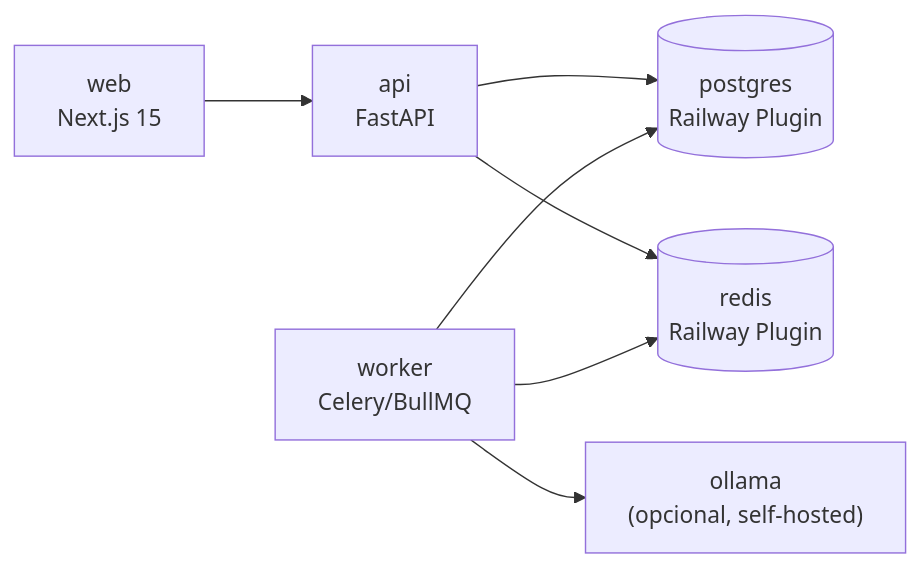
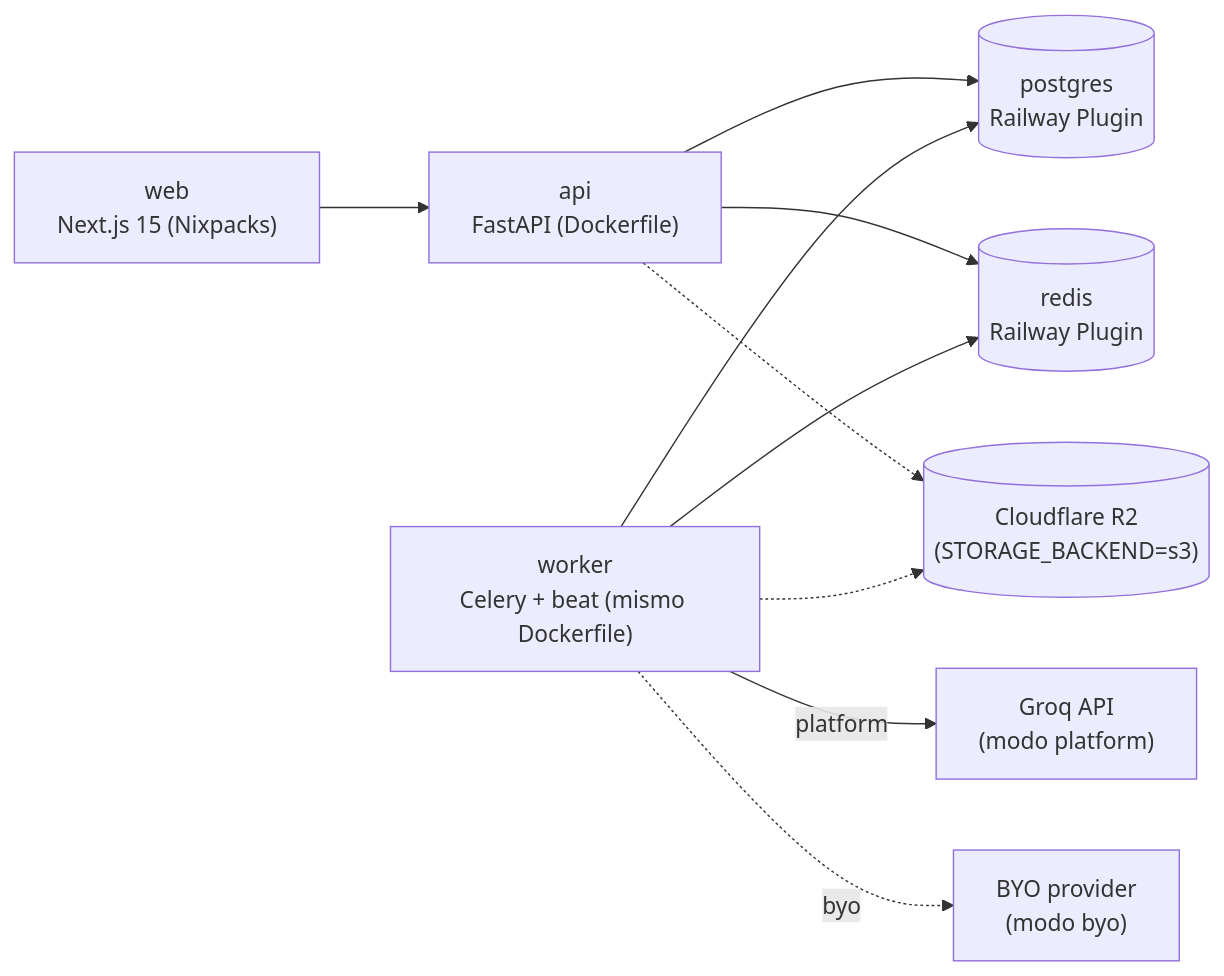
The diagram in docs/runbooks/railway/DEPLOYMENT.md (xguilxr/pmo_aas), drawn with Mermaid before and after one commit. The commit also changed other lines of this file and 3 other files, not shown here.

````diff
--- a/docs/runbooks/railway/DEPLOYMENT.md
+++ b/docs/runbooks/railway/DEPLOYMENT.md
@@ -14,16 +14,21 @@
 ```mermaid
 flowchart LR
-    WEB["web<br/>Next.js 15"]
-    API["api<br/>FastAPI"]
-    WORKER["worker<br/>Celery/BullMQ"]
+    WEB["web<br/>Next.js 15 (Nixpacks)"]
+    API["api<br/>FastAPI (Dockerfile)"]
+    WORKER["worker<br/>Celery + beat (mismo Dockerfile)"]
     DB[("postgres<br/>Railway Plugin")]
     REDIS[("redis<br/>Railway Plugin")]
-    OLLAMA["ollama<br/>(opcional, self-hosted)"]
+    GROQ["Groq API<br/>(modo platform)"]
+    BYO["BYO provider<br/>(modo byo)"]
+    R2[("Cloudflare R2<br/>(STORAGE_BACKEND=s3)")]
 
     WEB --> API
     API --> DB
     API --> REDIS
+    API -.-> R2
     WORKER --> DB
     WORKER --> REDIS
-    WORKER --> OLLAMA
+    WORKER -.-> R2
+    WORKER -->|platform| GROQ
+    WORKER -.->|byo| BYO
 ```
````
